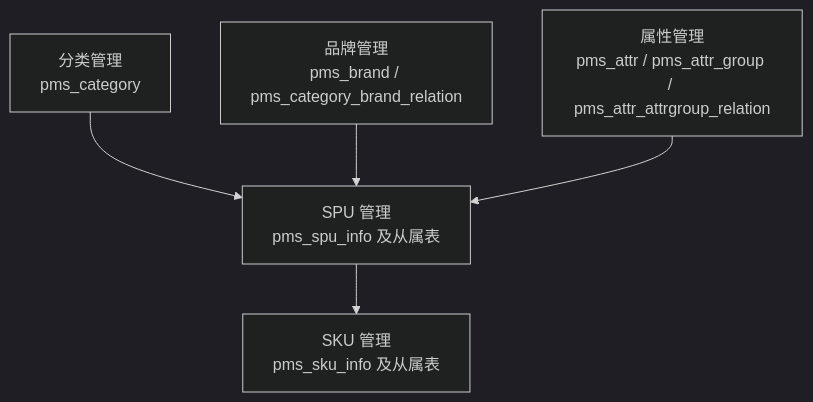
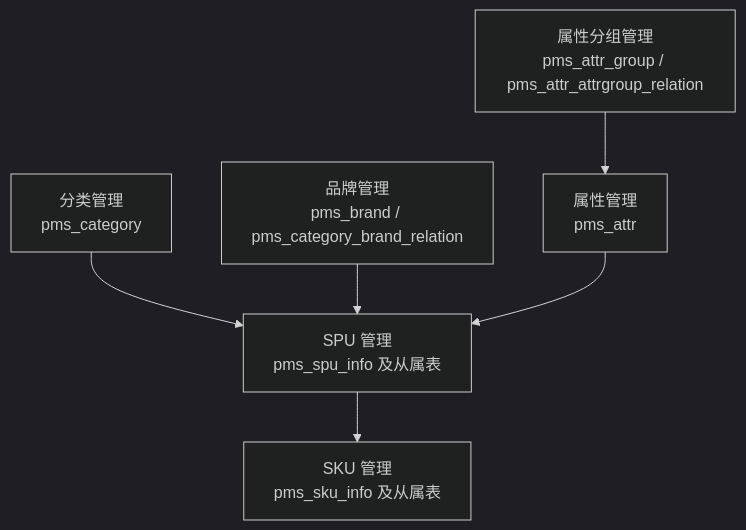
One commit to QiHaoo/my-mall changed the first of 3 diagrams in docs/mall-product/overview.md. Above: the diagram before and after it, drawn with Mermaid (dark theme). The commit also changed other lines of this file and 5 other files, not shown here.

````diff
--- a/docs/mall-product/overview.md
+++ b/docs/mall-product/overview.md
@@ -38,13 +38,15 @@
 ```mermaid
 flowchart TD
     CAT["分类管理<br/>pms_category"]
     BRAND["品牌管理<br/>pms_brand / pms_category_brand_relation"]
-    ATTR["属性管理<br/>pms_attr / pms_attr_group / pms_attr_attrgroup_relation"]
+    ATTRGROUP["属性分组管理<br/>pms_attr_group / pms_attr_attrgroup_relation"]
+    ATTR["属性管理<br/>pms_attr"]
     SPU["SPU 管理<br/>pms_spu_info 及从属表"]
     SKU["SKU 管理<br/>pms_sku_info 及从属表"]
 
     CAT --> SPU
     BRAND --> SPU
+    ATTRGROUP --> ATTR
     ATTR --> SPU
     SPU --> SKU
 ```
````
